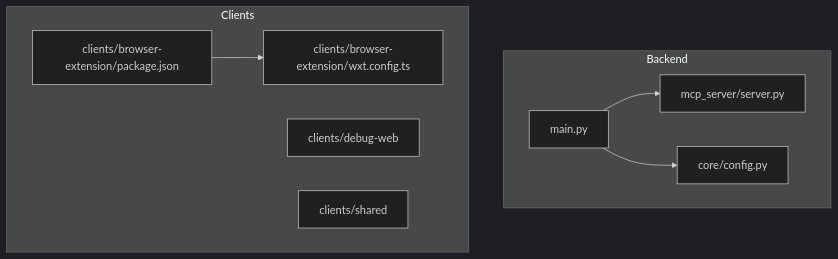
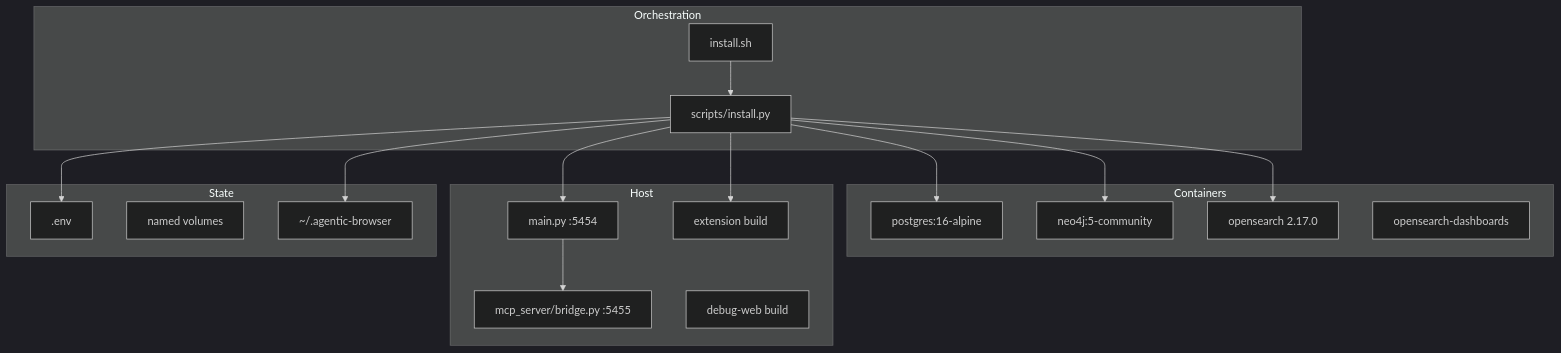
Before and after one commit to tashifkhan/tashif.codes: the first of 5 diagrams in src/data/docs/agentic-browser/Deployment and Operations.md, drawn with Mermaid (dark theme). The commit also changed other lines of this file and 114 other files, not shown here.

Commit message:
docs(agentic-browser): update docs in place and expand coverage

````diff
--- a/src/data/docs/agentic-browser/Deployment and Operations.md
+++ b/src/data/docs/agentic-browser/Deployment and Operations.md
@@ -15,17 +17,33 @@
 ```mermaid
 graph TB
-subgraph "Backend"
-A_main["main.py"]
-A_cfg["core/config.py"]
-A_mcp["mcp_server/server.py"]
+subgraph "Orchestration"
+  SH["install.sh"]
+  PY["scripts/install.py"]
 end
-subgraph "Clients"
-E_pkg["clients/browser-extension/package.json"]
-E_wxt["clients/browser-extension/wxt.config.ts"]
-DBG["clients/debug-web"]
-SHR["clients/shared"]
+subgraph "Containers"
+  PG["postgres:16-alpine"]
+  NEO["neo4j:5-community"]
+  OS["opensearch 2.17.0"]
+  DASH["opensearch-dashboards"]
 end
-A_main --> A_mcp
-A_main --> A_cfg
-E_pkg --> E_wxt
+subgraph "Host"
+  API["main.py :5454"]
+  BR["mcp_server/bridge.py :5455"]
+  EXT["extension build"]
+  CON["debug-web build"]
+end
+subgraph "State"
+  ENV[".env"]
+  VOL["named volumes"]
+  HOME["~/.agentic-browser"]
+end
+SH --> PY
+PY --> PG
+PY --> NEO
+PY --> OS
+PY --> ENV
+PY --> API
+PY --> EXT
+PY --> HOME
+API --> BR
 ```
````
